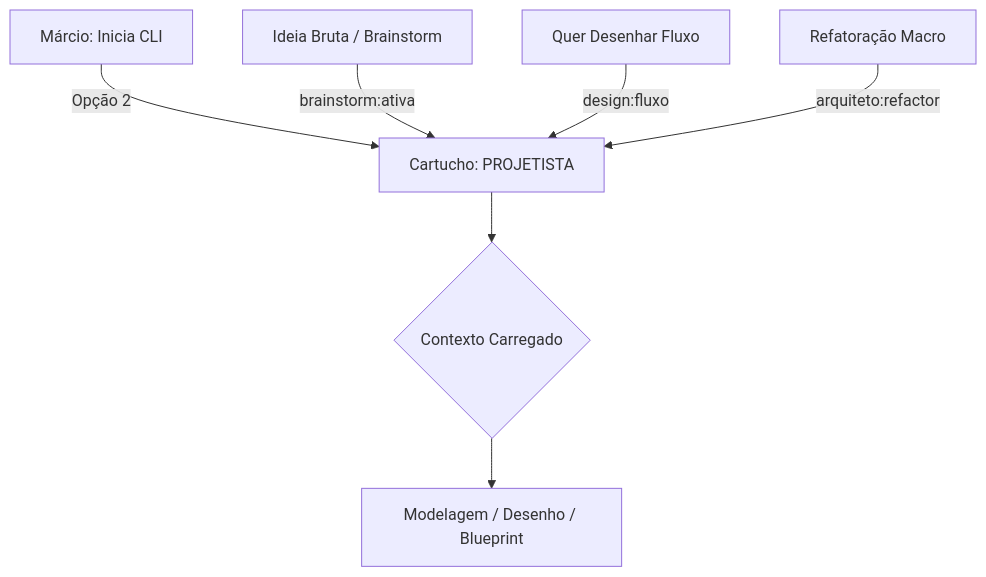
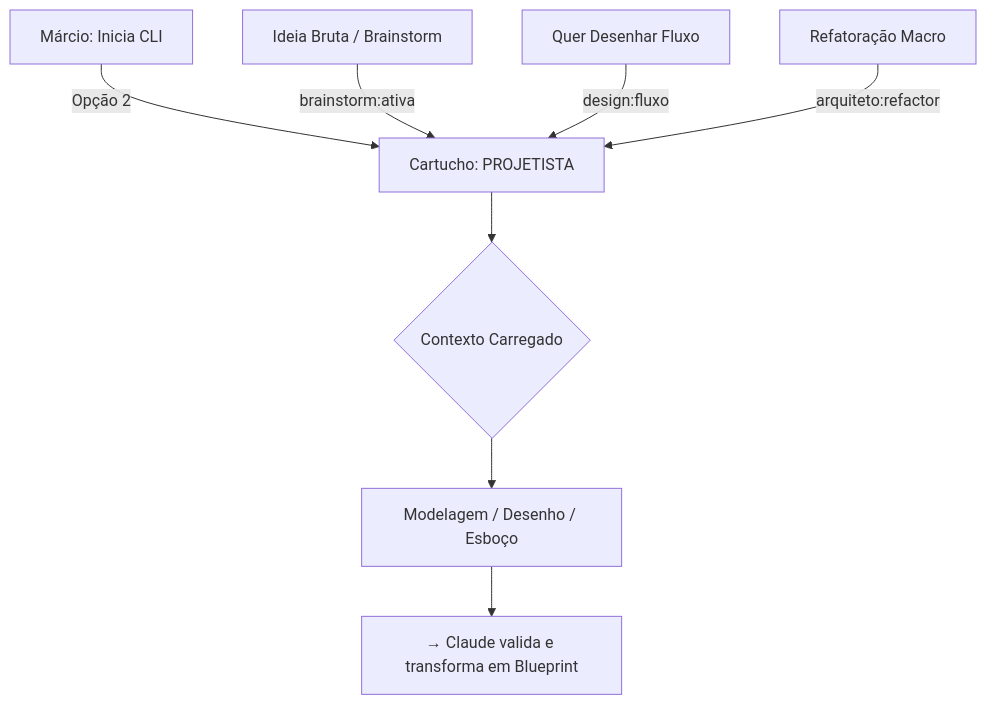
One commit to marcio012/hive changed the diagram in beehive/roles/projetista.md. Above: the diagram before and after it, drawn with Mermaid. The commit also changed other lines of this file and 7 other files, not shown here.

````diff
--- a/beehive/roles/projetista.md
+++ b/beehive/roles/projetista.md
@@ -14,9 +16,10 @@
 ```mermaid
 flowchart TD
     A["Márcio: Inicia CLI"] -->|"Opção 2"| B[Cartucho: PROJETISTA]
     C["Ideia Bruta / Brainstorm"] -->|"brainstorm:ativa"| B
     D["Quer Desenhar Fluxo"] -->|"design:fluxo"| B
     E["Refatoração Macro"] -->|"arquiteto:refactor"| B
     B --> F{Contexto Carregado}
-    F --> G["Modelagem / Desenho / Blueprint"]
+    F --> G["Modelagem / Desenho / Esboço"]
+    G --> H["→ Claude valida e transforma em Blueprint"]
 ```
````
